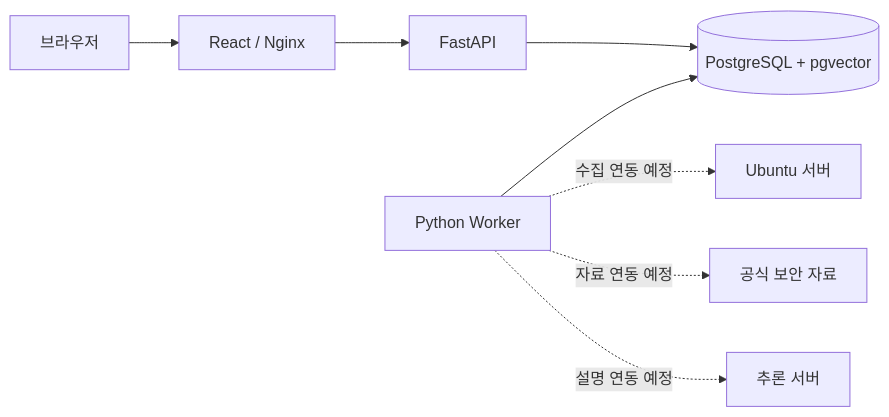
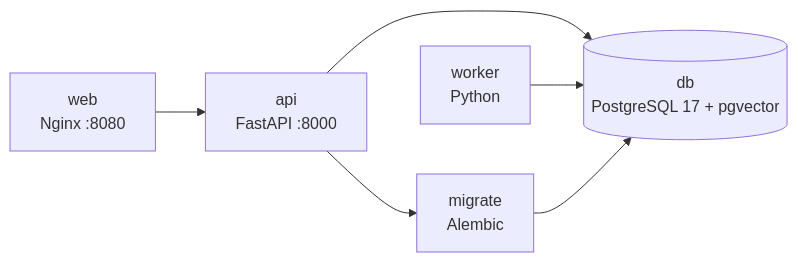
The second of 4 diagrams in docs/architecture.md (Keeper-BM/cti-agent), drawn with Mermaid before and after one commit. The commit also changed other lines of this file and 9 other files, not shown here.

````diff
--- a/docs/architecture.md
+++ b/docs/architecture.md
@@ -7,10 +79,8 @@
 ```mermaid
 flowchart LR
-    Browser[브라우저] --> Web[React / Nginx]
-    Web --> API[FastAPI]
-    API --> DB[(PostgreSQL + pgvector)]
-    Worker[Python Worker] --> DB
-    Worker -. 수집 연동 예정 .-> VM[Ubuntu 서버]
-    Worker -. 자료 연동 예정 .-> Sources[공식 보안 자료]
-    Worker -. 설명 연동 예정 .-> Model[추론 서버]
+    Web[web<br/>Nginx :8080] --> API[api<br/>FastAPI :8000]
+    API --> DB[(db<br/>PostgreSQL 17 + pgvector)]
+    Worker[worker<br/>Python] --> DB
+    Migrate[migrate<br/>Alembic] --> DB
+    API --> Migrate
 ```
````
